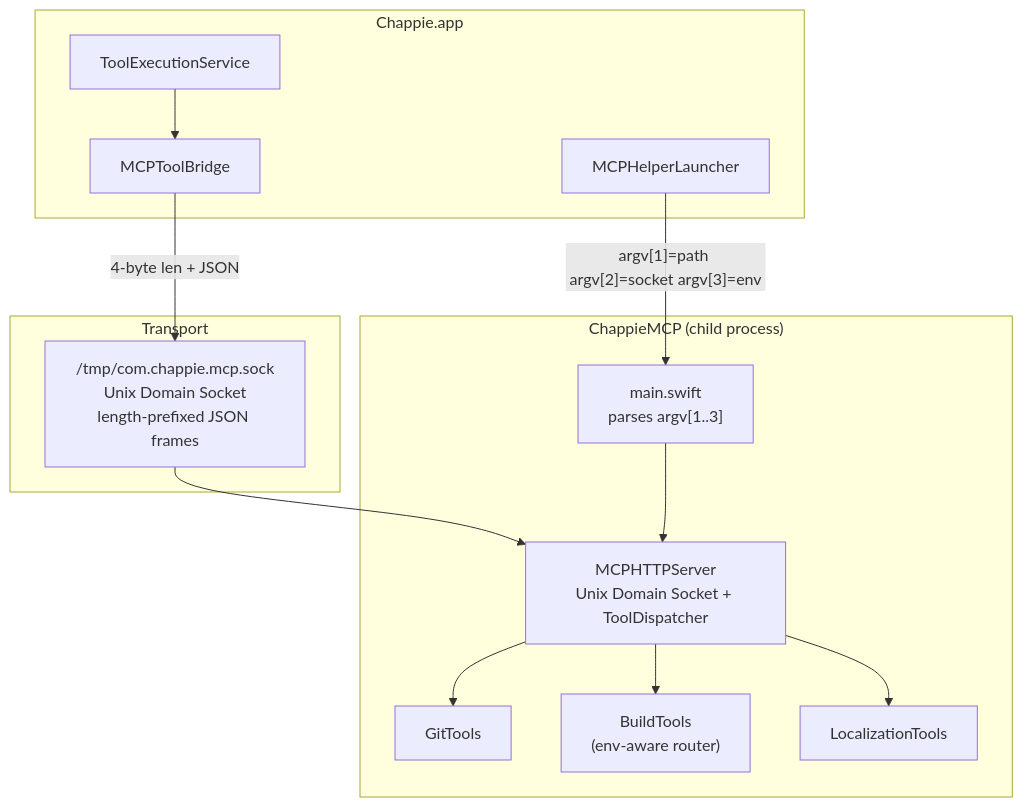
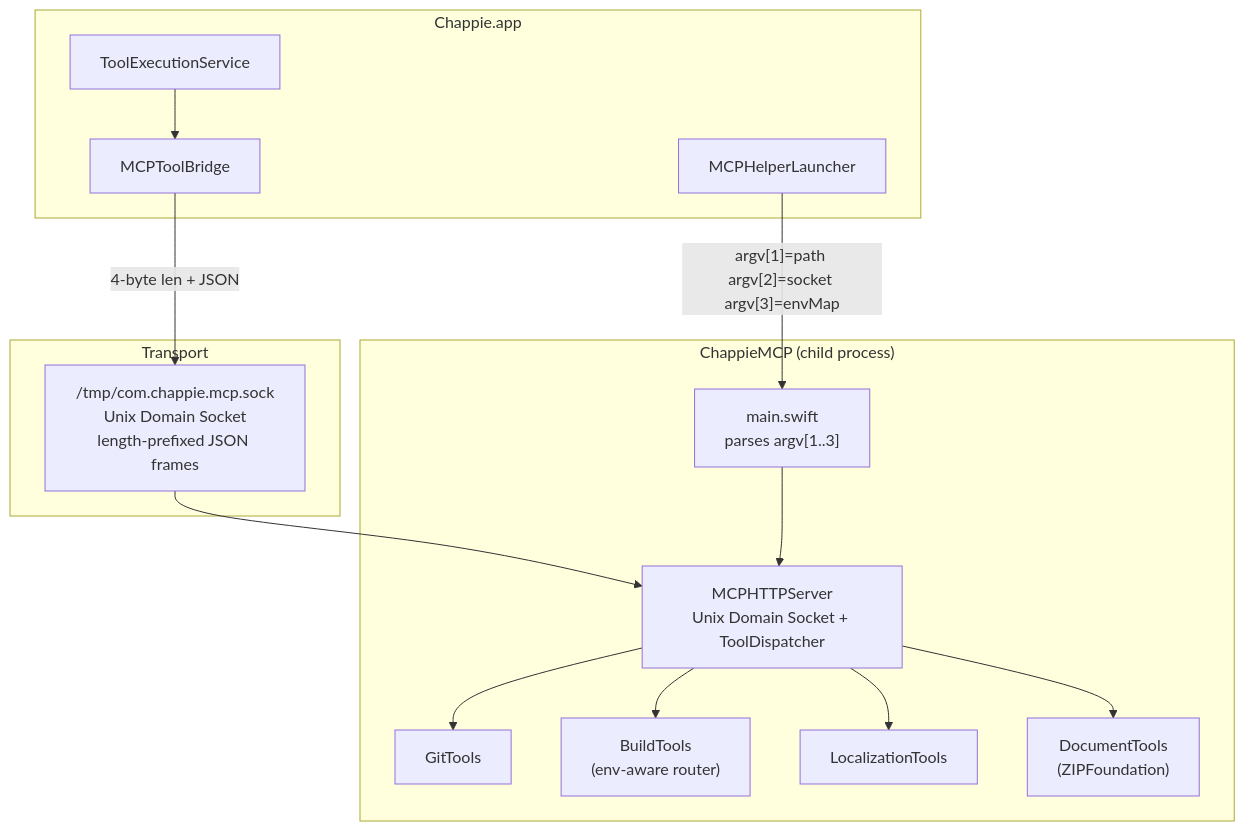
One commit to iOSIvanovS/chappieai changed the diagram in ChappieMCP/architecture.md. Above: the diagram before and after it, drawn with Mermaid. The commit also changed other lines of this file and 9 other files, not shown here.

First line of the commit message:
feat: Office document support — read_document / write_document tools

````diff
--- a/ChappieMCP/architecture.md
+++ b/ChappieMCP/architecture.md
@@ -46,29 +47,31 @@
 ```mermaid
 graph TD
     subgraph App["Chappie.app"]
         TES["ToolExecutionService"]
         Bridge["MCPToolBridge"]
         Launcher["MCPHelperLauncher"]
     end
 
     subgraph MCP["ChappieMCP (child process)"]
         Main["main.swift\nparses argv[1..3]"]
         Server["MCPHTTPServer\nUnix Domain Socket + ToolDispatcher"]
         Git["GitTools"]
         Build["BuildTools\n(env-aware router)"]
         Loc["LocalizationTools"]
+        Doc["DocumentTools\n(ZIPFoundation)"]
     end
 
     subgraph Transport["Transport"]
         Socket["/tmp/com.chappie.mcp.sock\nUnix Domain Socket\nlength-prefixed JSON frames"]
     end
 
     TES --> Bridge
     Bridge -->|4-byte len + JSON| Socket
-    Launcher -->|"argv[1]=path argv[2]=socket argv[3]=env"| Main
+    Launcher -->|"argv[1]=path argv[2]=socket argv[3]=envMap"| Main
     Socket --> Server
     Main --> Server
     Server --> Git
     Server --> Build
     Server --> Loc
+    Server --> Doc
 ```
````
